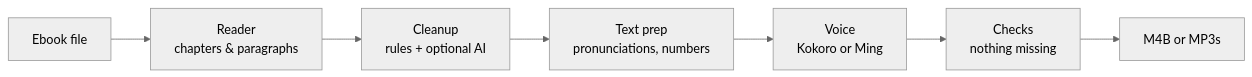
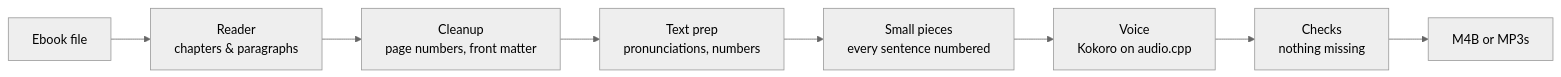
One commit to Kingskid2026/tomecast changed the diagram in README.md. Above: the diagram before and after it, drawn with Mermaid (neutral theme). The commit also changed other lines of this file, not shown here.

````diff
--- a/README.md
+++ b/README.md
@@ -91,9 +133,10 @@
 ```mermaid
 flowchart LR
     A[Ebook file] --> B[Reader<br/>chapters & paragraphs]
-    B --> C[Cleanup<br/>rules + optional AI]
+    B --> C[Cleanup<br/>page numbers, front matter]
     C --> D[Text prep<br/>pronunciations, numbers]
-    D --> E[Voice<br/>Kokoro or Ming]
-    E --> F[Checks<br/>nothing missing]
-    F --> G[M4B or MP3s]
+    D --> E[Small pieces<br/>every sentence numbered]
+    E --> F[Voice<br/>Kokoro on audio.cpp]
+    F --> G[Checks<br/>nothing missing]
+    G --> H[M4B or MP3s]
 ```
````
